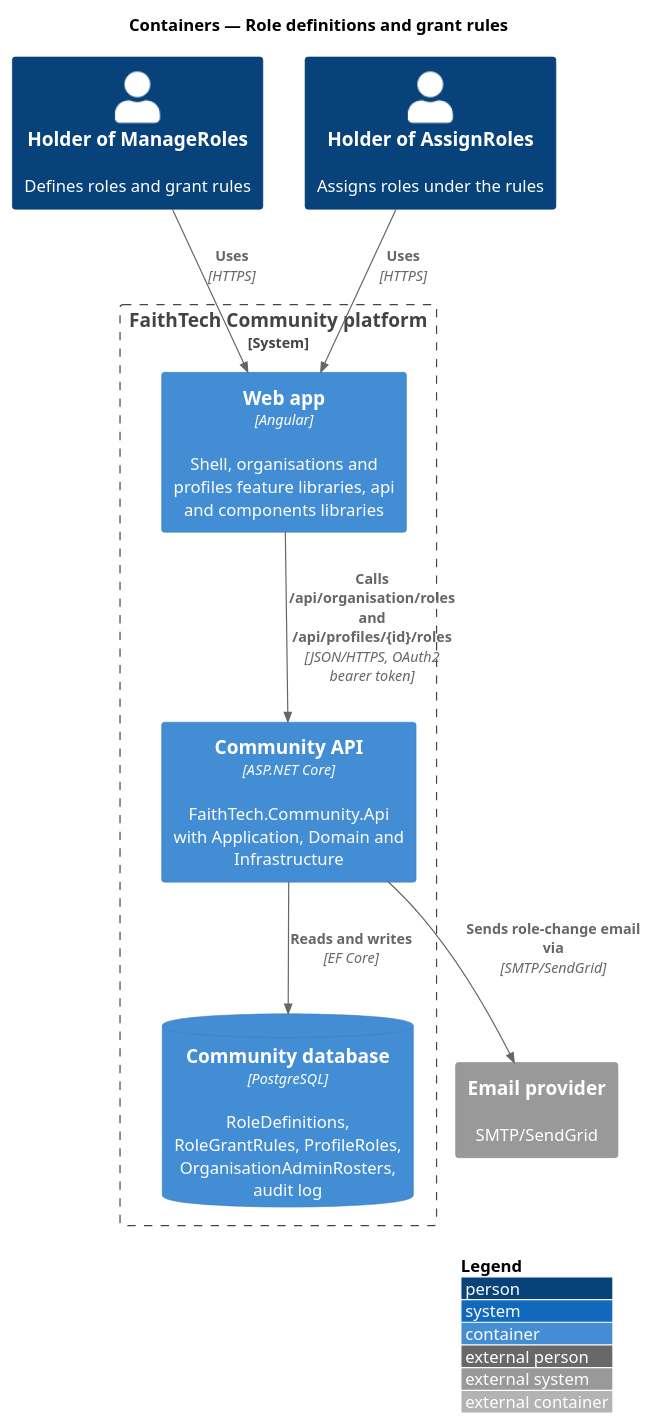
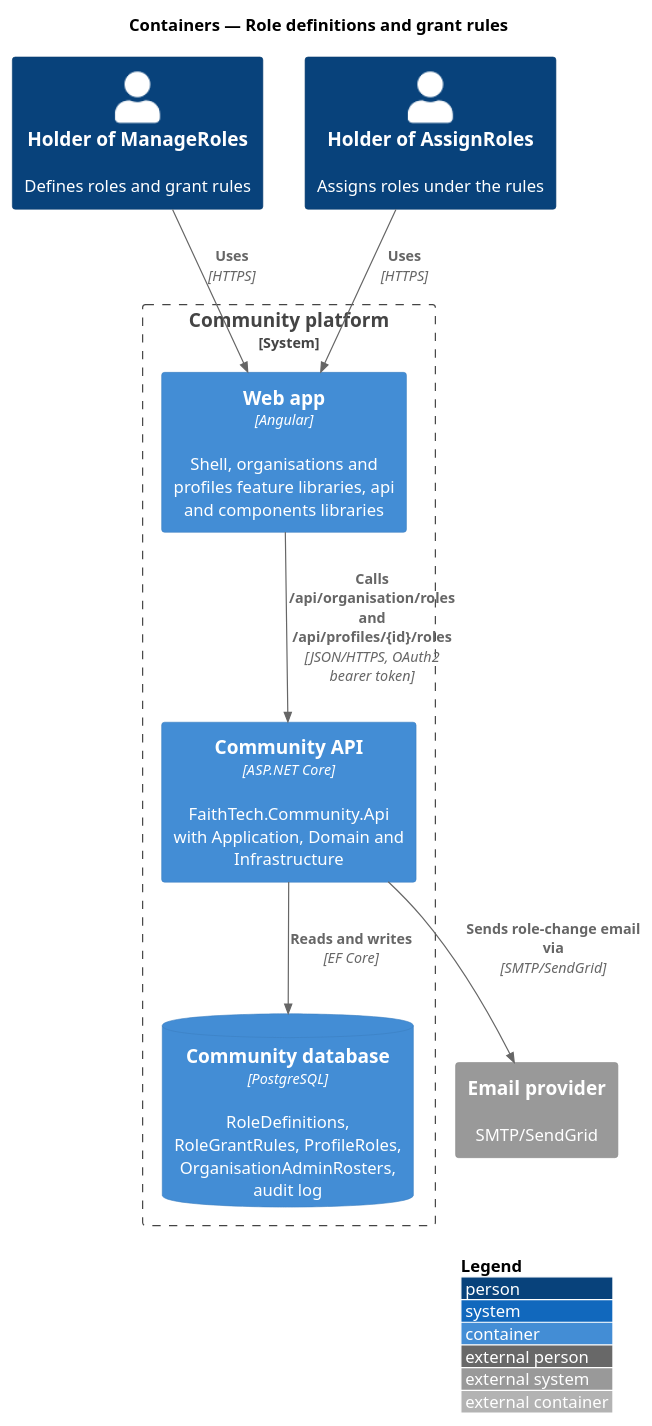
The diagram in docs/detailed-designs/organisations/role-definitions-and-grant-rules/diagrams/c4-container.puml (QuinntyneBrown/faithtech-community), drawn with PlantUML before and after one commit. The commit also changed 840 other files, not shown here.

```diff
--- a/docs/detailed-designs/organisations/role-definitions-and-grant-rules/diagrams/c4-container.puml
+++ b/docs/detailed-designs/organisations/role-definitions-and-grant-rules/diagrams/c4-container.puml
@@ -1,18 +1,18 @@
 @startuml
 !include <C4/C4_Container>
 LAYOUT_WITH_LEGEND()
 title Containers — Role definitions and grant rules
 Person(manager, "Holder of ManageRoles", "Defines roles and grant rules")
 Person(grantor, "Holder of AssignRoles", "Assigns roles under the rules")
-System_Boundary(platform, "FaithTech Community platform") {
+System_Boundary(platform, "Community platform") {
   Container(web, "Web app", "Angular", "Shell, organisations and profiles feature libraries, api and components libraries")
   Container(api, "Community API", "ASP.NET Core", "FaithTech.Community.Api with Application, Domain and Infrastructure")
   ContainerDb(db, "Community database", "PostgreSQL", "RoleDefinitions, RoleGrantRules, ProfileRoles, OrganisationAdminRosters, audit log")
 }
 System_Ext(email, "Email provider", "SMTP/SendGrid")
 Rel(manager, web, "Uses", "HTTPS")
 Rel(grantor, web, "Uses", "HTTPS")
 Rel(web, api, "Calls /api/organisation/roles and /api/profiles/{id}/roles", "JSON/HTTPS, OAuth2 bearer token")
 Rel(api, db, "Reads and writes", "EF Core")
 Rel(api, email, "Sends role-change email via", "SMTP/SendGrid")
 @enduml
```
